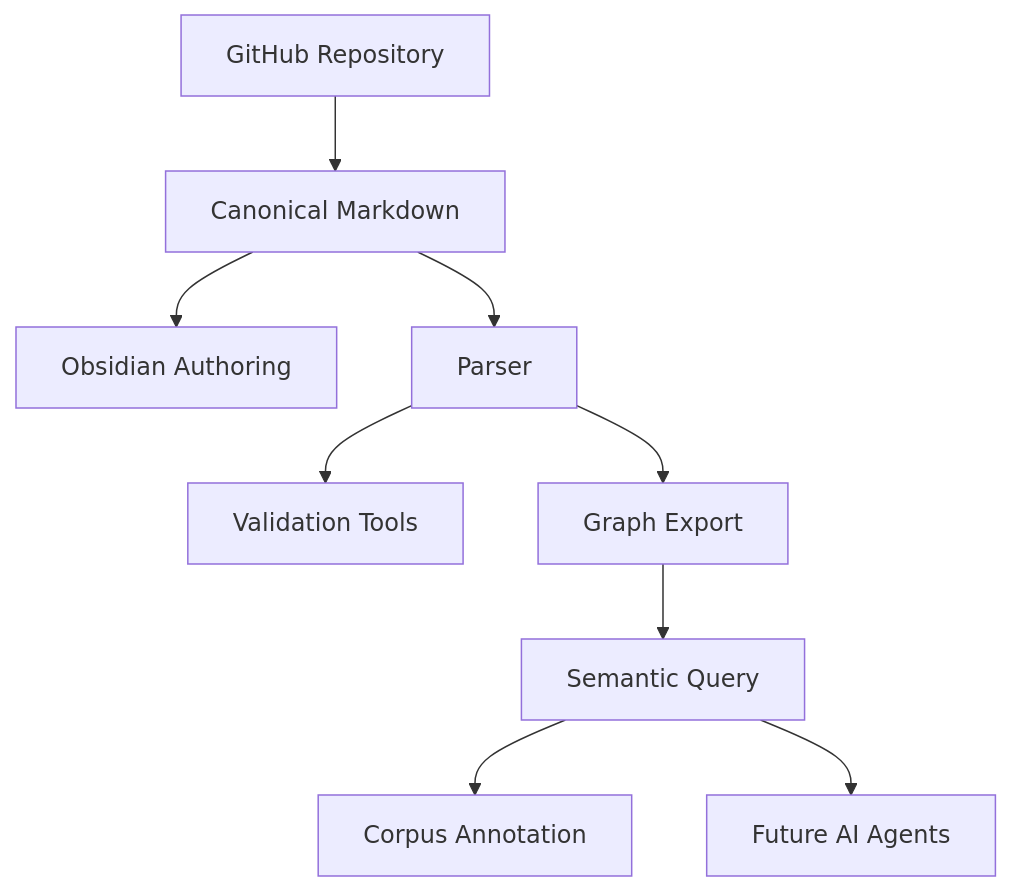
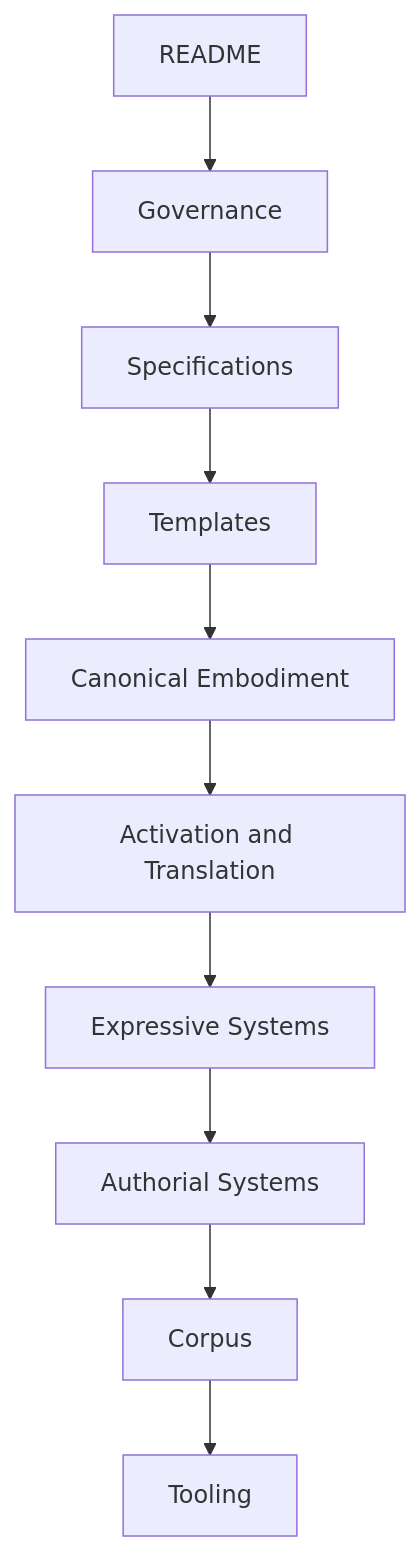
The diagram in README.md (ksmccrae/somaticmeaningengine), drawn with Mermaid before and after one commit. The commit also changed other lines of this file, not shown here.

Commit message:
Update README for architecture baseline

````diff
--- a/README.md
+++ b/README.md
@@ -526,21 +228,12 @@
 ```mermaid
 flowchart TD
-    A[GitHub Repository]
-    B[Canonical Markdown]
-    C[Obsidian Authoring]
-    D[Parser]
-    E[Validation Tools]
-    F[Graph Export]
-    G[Semantic Query]
-    H[Corpus Annotation]
-    I[Future AI Agents]
-
-    A --> B
-    B --> C
-    B --> D
-    D --> E
-    D --> F
-    F --> G
-    G --> H
-    G --> I
+    A[README] --> B[Governance]
+    B --> C[Specifications]
+    C --> D[Templates]
+    D --> E[Canonical Embodiment]
+    E --> F[Activation and Translation]
+    F --> G[Expressive Systems]
+    G --> H[Authorial Systems]
+    H --> I[Corpus]
+    I --> J[Tooling]
 ```
````
